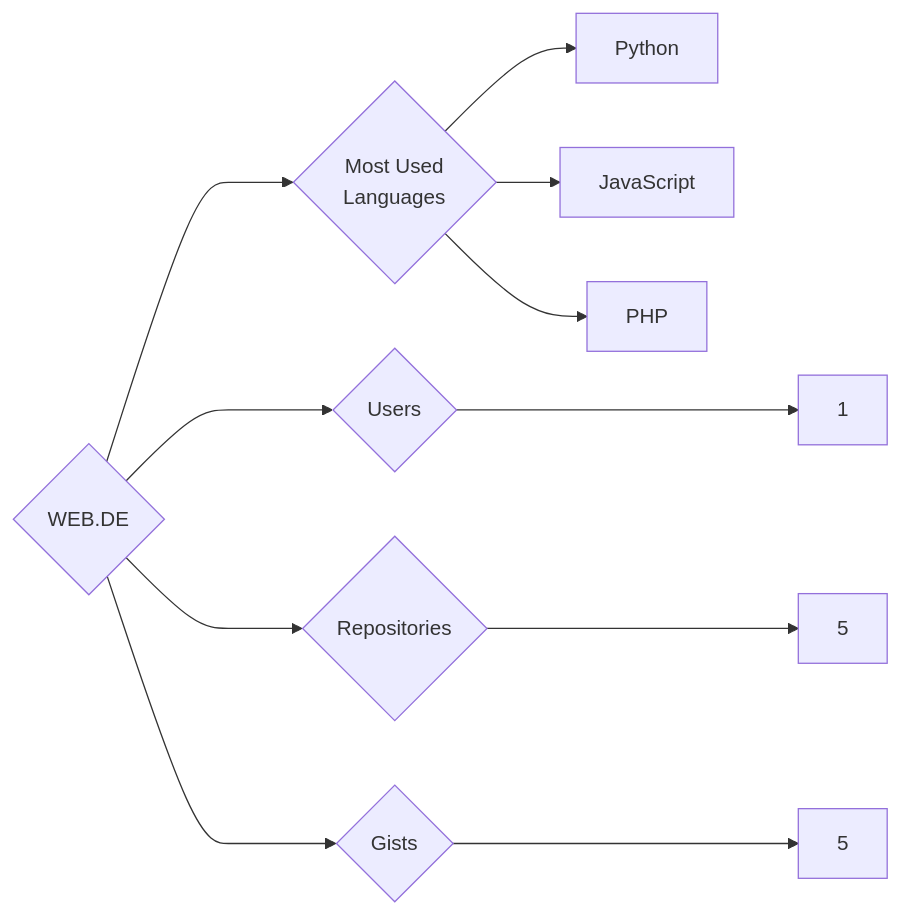
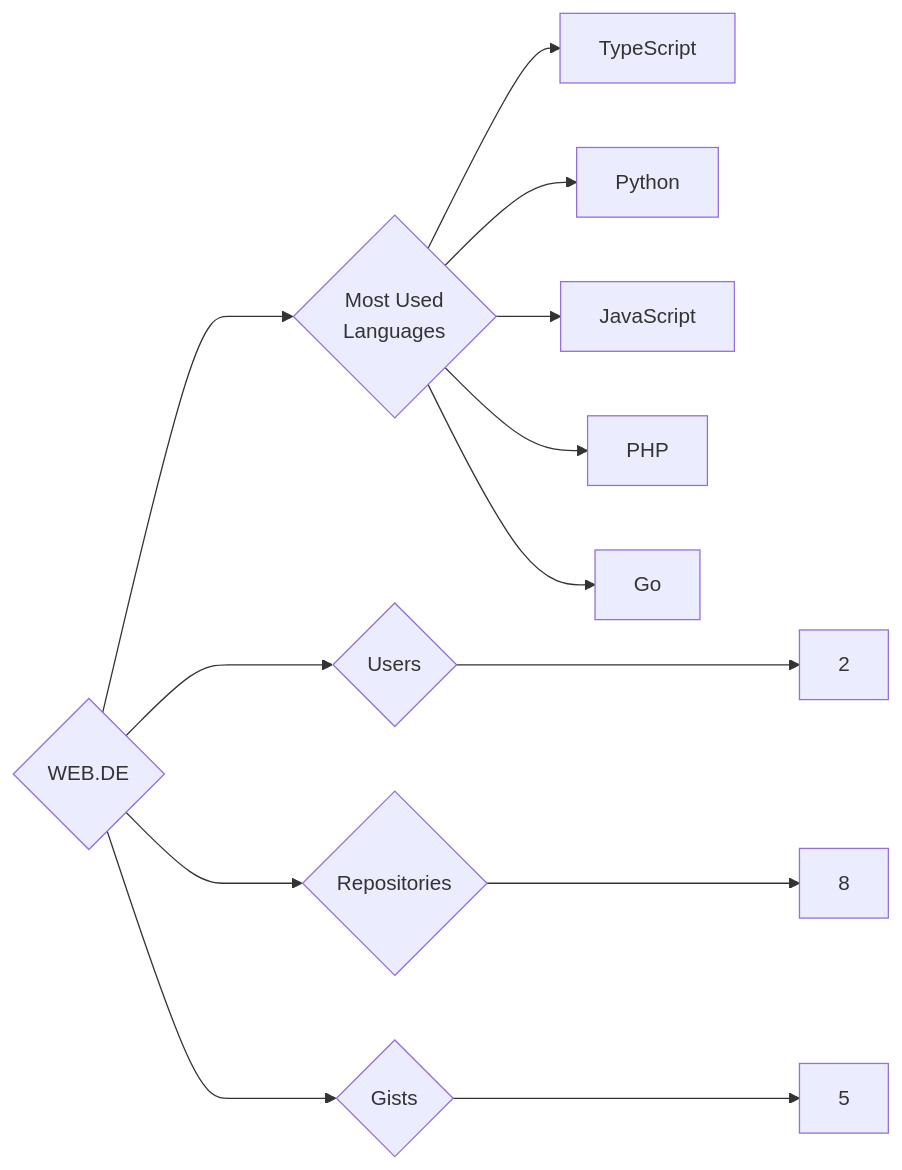
One commit to trickest/insiders changed the diagram in targets/WEB.DE/README.md. Above: the diagram before and after it, drawn with Mermaid. The commit also changed 1496 other files, not shown here.

````diff
--- a/targets/WEB.DE/README.md
+++ b/targets/WEB.DE/README.md
@@ -3,11 +3,13 @@
 ```mermaid
 graph LR
 COMPANY_NAME{WEB.DE}
-COMPANY_NAME ---> U{Users} ---> UN[1]
-COMPANY_NAME ---> R{Repositories} ---> RN[5]
+COMPANY_NAME ---> U{Users} ---> UN[2]
+COMPANY_NAME ---> R{Repositories} ---> RN[8]
 COMPANY_NAME ---> G{Gists} ---> GN[5]
 COMPANY_NAME ---> ML{Most Used<br>Languages}
+ML --> TypeScript[TypeScript]
 ML --> Python[Python]
 ML --> JavaScript[JavaScript]
 ML --> PHP[PHP]
+ML --> Go[Go]
 ```
````
